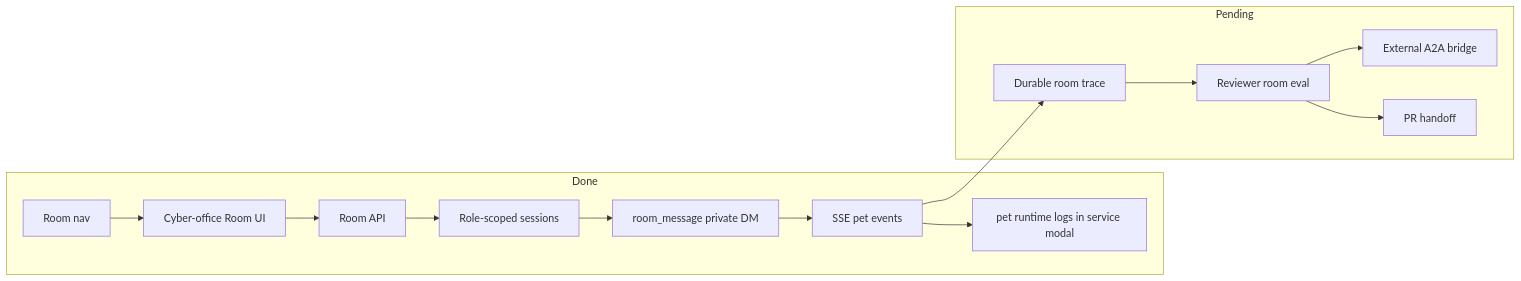
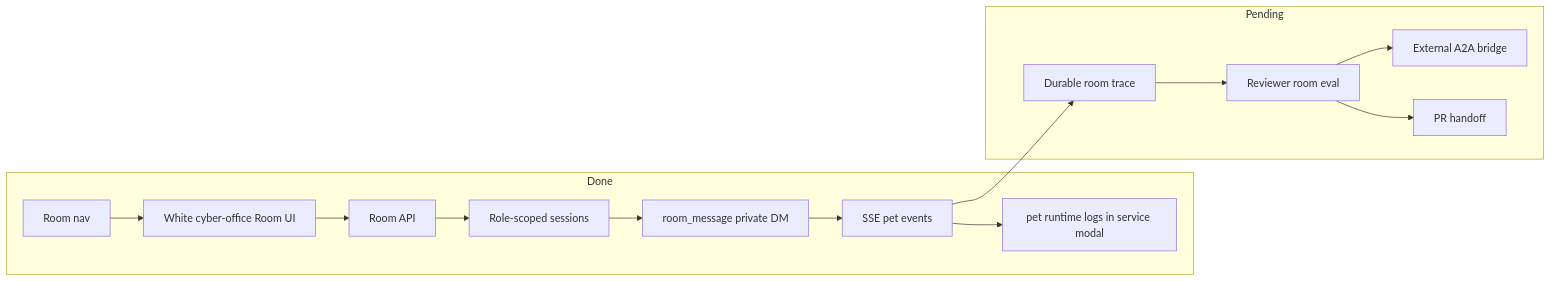
One commit to fightheyyy/XiaoBa-CLI changed the diagram in dashboard/PLAN.md. Above: the diagram before and after it, drawn with Mermaid. The commit also changed other lines of this file and 2 other files, not shown here.

Commit message:
Retune room to white cyber office

````diff
--- a/dashboard/PLAN.md
+++ b/dashboard/PLAN.md
@@ -7,30 +7,30 @@
 ```mermaid
 flowchart LR
     subgraph Done["Done"]
         Nav["Room nav"]
-        Surface["Cyber-office Room UI"]
+        Surface["White cyber-office Room UI"]
         API["Room API"]
         Scoped["Role-scoped sessions"]
         PM["room_message private DM"]
         Stream["SSE pet events"]
         Logs["pet runtime logs in service modal"]
     end
 
     subgraph Pending["Pending"]
         Durable["Durable room trace"]
         Eval["Reviewer room eval"]
         A2A["External A2A bridge"]
         PR["PR handoff"]
     end
 
     Nav --> Surface
     Surface --> API
     API --> Scoped
     Scoped --> PM
     PM --> Stream
     Stream --> Logs
     Stream --> Durable
     Durable --> Eval
     Eval --> A2A
     Eval --> PR
 ```
````
